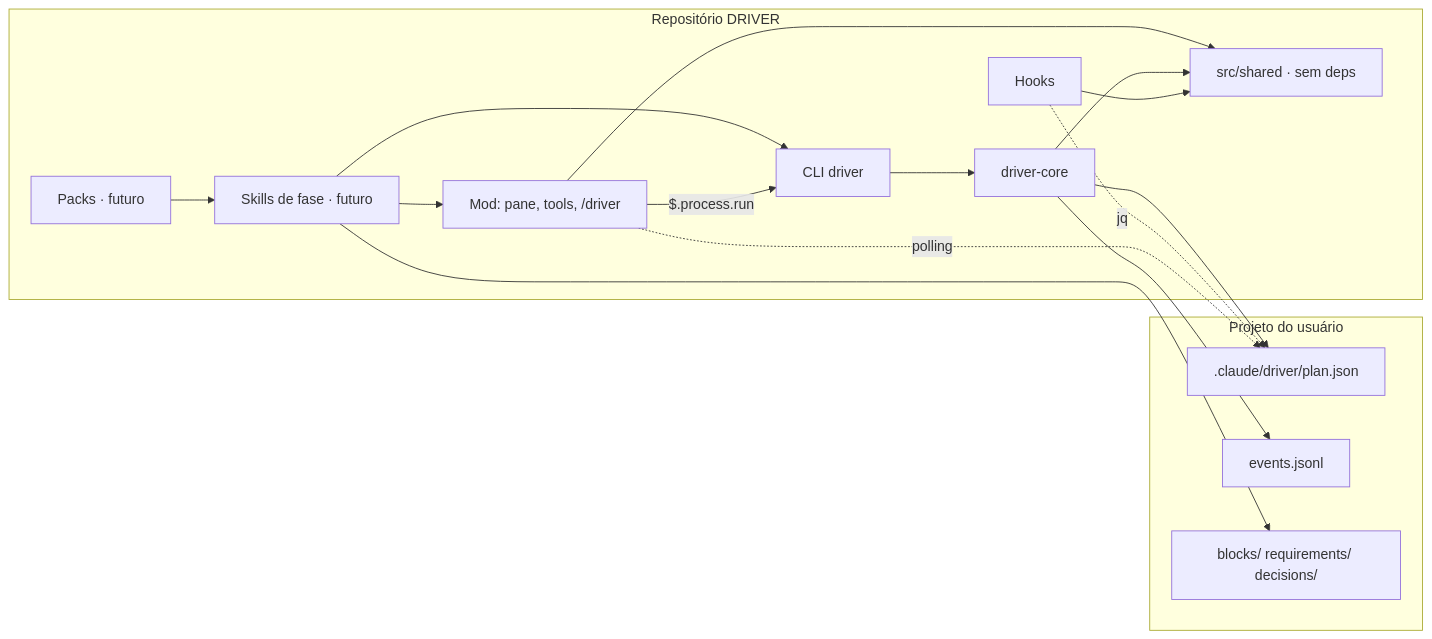
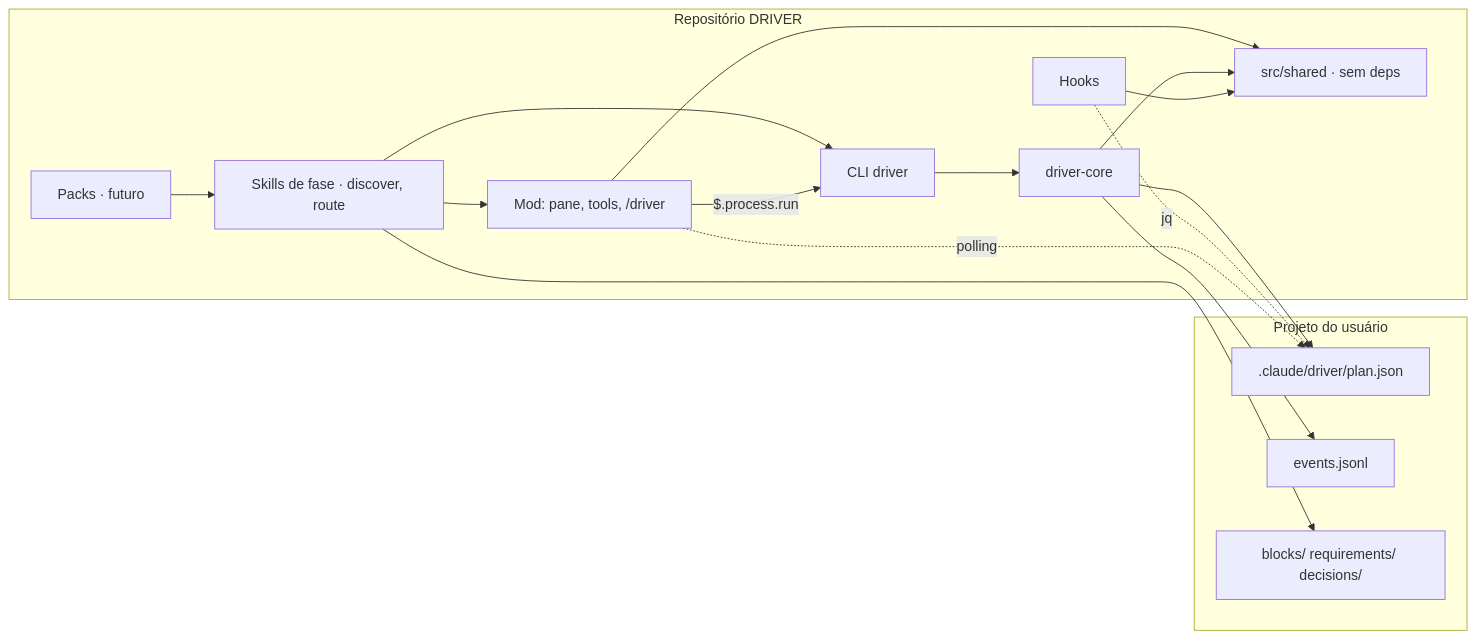
One commit to DiogoHSM/driver changed the diagram in .claude/docs/ARCHITECTURE.md. Above: the diagram before and after it, drawn with Mermaid. The commit also changed other lines of this file and 28 other files, not shown here.

````diff
--- a/.claude/docs/ARCHITECTURE.md
+++ b/.claude/docs/ARCHITECTURE.md
@@ -41,30 +41,30 @@
 ```mermaid
 flowchart LR
   subgraph repo[Repositório DRIVER]
     core[driver-core]
     cli[CLI driver]
     hooks[Hooks]
     shared[src/shared · sem deps]
     mod[Mod: pane, tools, /driver]
-    skills[Skills de fase · futuro]
+    skills[Skills de fase · discover, route]
     packs[Packs · futuro]
   end
   subgraph user[Projeto do usuário]
     plan[.claude/driver/plan.json]
     events[events.jsonl]
     md[blocks/ requirements/ decisions/]
   end
   skills --> cli
   skills --> mod
   cli --> core
   mod -- $.process.run --> cli
   mod --> shared
   core --> shared
   hooks --> shared
   core --> plan
   core --> events
   hooks -. jq .-> plan
   mod -. polling .-> plan
   packs --> skills
   skills --> md
 ```
````
